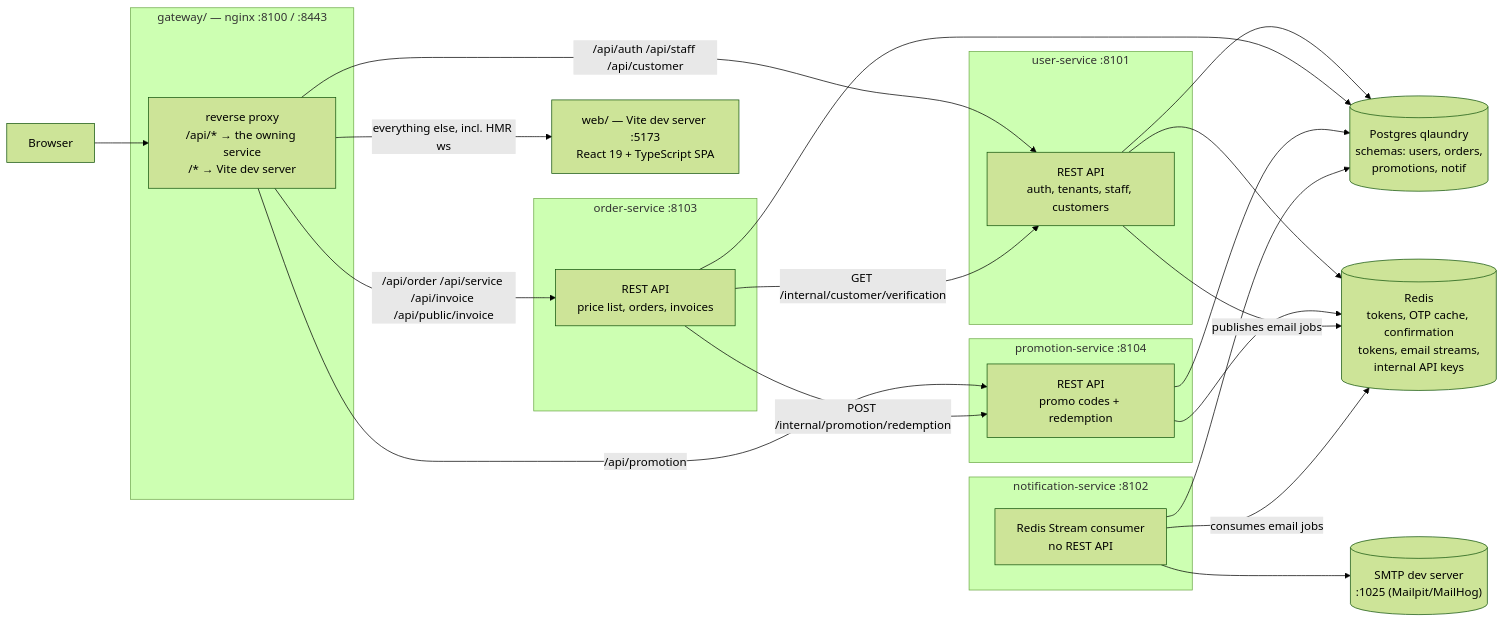
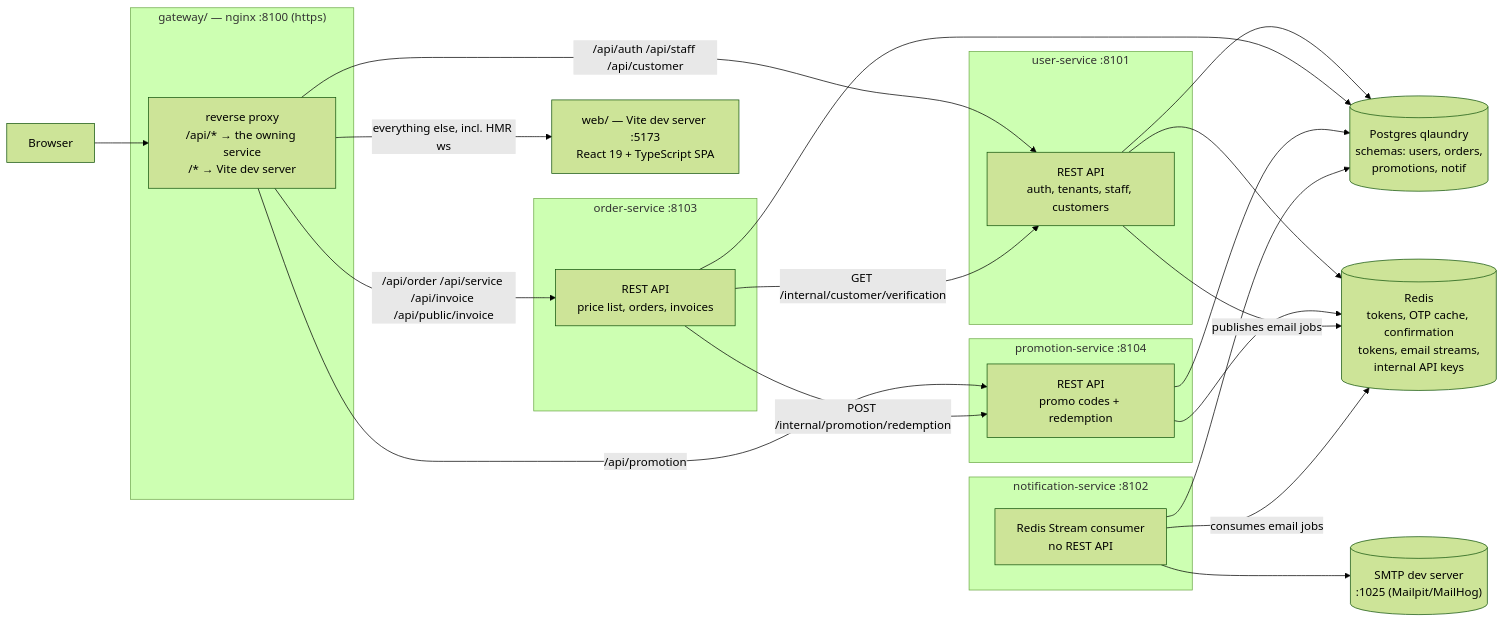
The first of 6 diagrams in ARCHITECTURE.md (7sferry/qlaundry), drawn with Mermaid (forest theme) before and after one commit. The commit also changed other lines of this file and 8 other files, not shown here.

````diff
--- a/ARCHITECTURE.md
+++ b/ARCHITECTURE.md
@@ -12,48 +12,48 @@
 ```mermaid
 flowchart LR
     Browser["Browser"]
 
-    subgraph Gateway["gateway/ — nginx :8100 / :8443"]
+    subgraph Gateway["gateway/ — nginx :8100 (https)"]
         NG["reverse proxy\n/api/* → the owning service\n/* → Vite dev server"]
     end
 
     Vite["web/ — Vite dev server :5173\nReact 19 + TypeScript SPA"]
 
     subgraph US["user-service :8101"]
         USAPI["REST API\nauth, tenants, staff, customers"]
     end
 
     subgraph NS["notification-service :8102"]
         NSC["Redis Stream consumer\nno REST API"]
     end
 
     subgraph OS["order-service :8103"]
         OSAPI["REST API\nprice list, orders, invoices"]
     end
 
     subgraph PS["promotion-service :8104"]
         PSAPI["REST API\npromo codes + redemption"]
     end
 
     PG[("Postgres qlaundry\nschemas: users, orders,\npromotions, notif")]
     Redis[("Redis\ntokens, OTP cache, confirmation\ntokens, email streams,\ninternal API keys")]
     SMTP[("SMTP dev server\n:1025 (Mailpit/MailHog)")]
 
     Browser --> NG
     NG -->|"/api/auth /api/staff /api/customer"| USAPI
     NG -->|"/api/order /api/service /api/invoice /api/public/invoice"| OSAPI
     NG -->|"/api/promotion"| PSAPI
     NG -->|"everything else, incl. HMR ws"| Vite
 
     USAPI --> PG
     USAPI --> Redis
     OSAPI --> PG
     PSAPI --> PG
     PSAPI --> Redis
     OSAPI -->|"GET /internal/customer/verification"| USAPI
     OSAPI -->|"POST /internal/promotion/redemption"| PSAPI
     USAPI -->|"publishes email jobs"| Redis
     NSC -->|"consumes email jobs"| Redis
     NSC --> PG
     NSC --> SMTP
 ```
````
